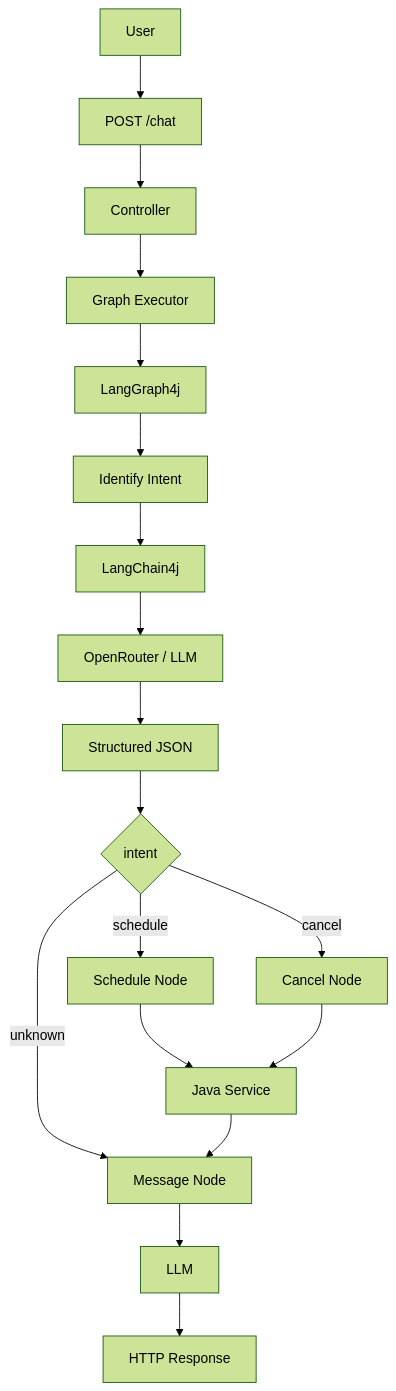
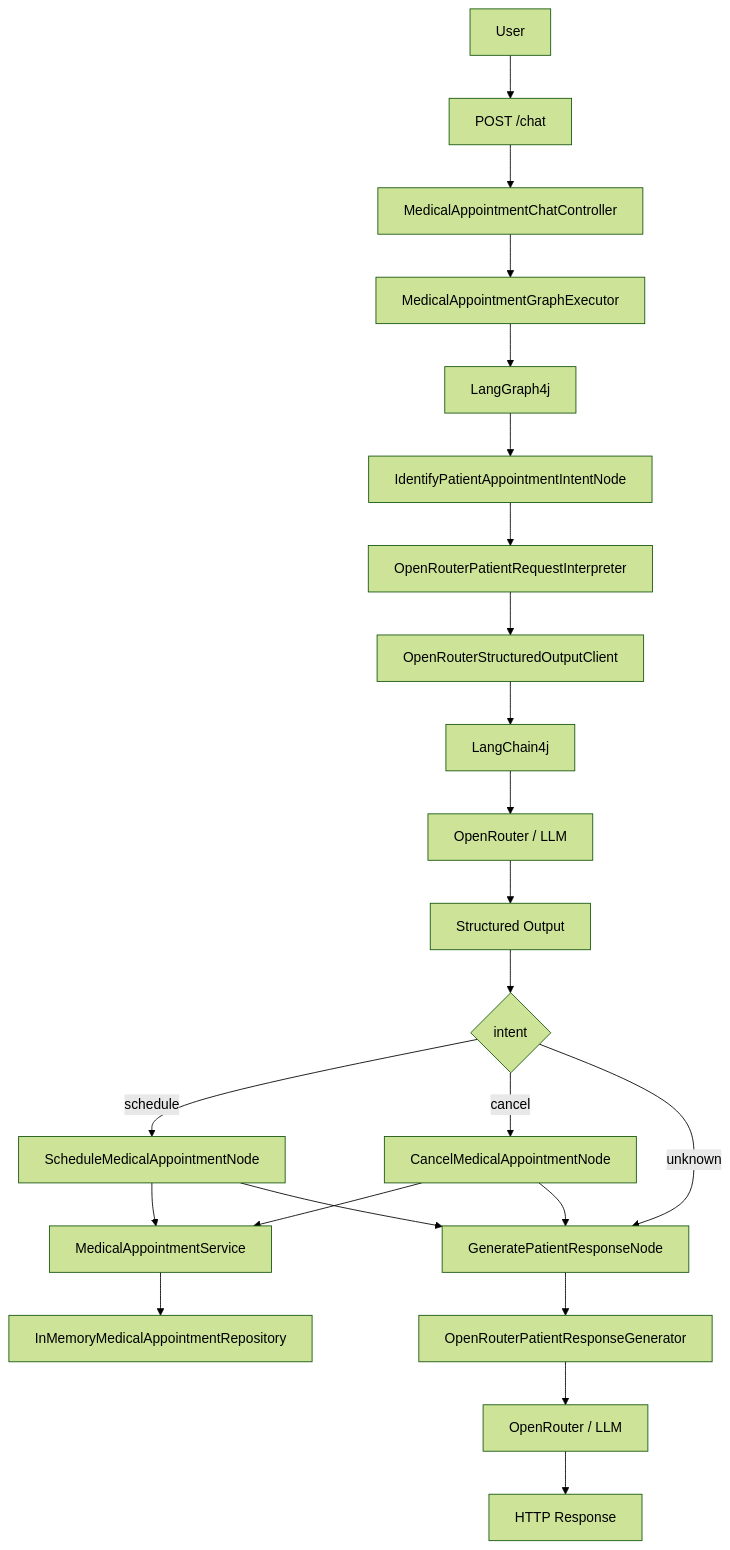
Before and after one commit to ViniHDSouza/poc_java_ia_consultamedica: the first of 2 diagrams in README_EN.md, drawn with Mermaid (forest theme). The commit also changed other lines of this file and 1 other file, not shown here.

````diff
--- a/README_EN.md
+++ b/README_EN.md
@@ -281,24 +241,31 @@
 ```mermaid
 flowchart TD
-    A[User] --> B[POST /chat]
-    B --> C[Controller]
-    C --> D[Graph Executor]
-    D --> E[LangGraph4j]
+    U[User] --> API[POST /chat]
+    API --> CTRL[MedicalAppointmentChatController]
+    CTRL --> EXEC[MedicalAppointmentGraphExecutor]
+    EXEC --> GRAPH[LangGraph4j]
 
-    E --> F[Identify Intent]
-    F --> G[LangChain4j]
-    G --> H[OpenRouter / LLM]
-    H --> I[Structured JSON]
+    GRAPH --> IDENTIFY[IdentifyPatientAppointmentIntentNode]
+    IDENTIFY --> INTERPRETER[OpenRouterPatientRequestInterpreter]
+    INTERPRETER --> CLIENT[OpenRouterStructuredOutputClient]
+    CLIENT --> LC4J[LangChain4j]
+    LC4J --> OR[OpenRouter / LLM]
+    OR --> STRUCTURED[Structured Output]
 
-    I --> J{intent}
-    J -->|schedule| K[Schedule Node]
-    J -->|cancel| L[Cancel Node]
-    J -->|unknown| M[Message Node]
+    STRUCTURED --> ROUTE{intent}
 
-    K --> N[Java Service]
-    L --> N
-    N --> M
+    ROUTE -->|schedule| SCHEDULE[ScheduleMedicalAppointmentNode]
+    ROUTE -->|cancel| CANCEL[CancelMedicalAppointmentNode]
+    ROUTE -->|unknown| MESSAGE[GeneratePatientResponseNode]
 
-    M --> O[LLM]
-    O --> P[HTTP Response]
+    SCHEDULE --> SERVICE[MedicalAppointmentService]
+    CANCEL --> SERVICE
+    SERVICE --> REPO[InMemoryMedicalAppointmentRepository]
+
+    SCHEDULE --> MESSAGE
+    CANCEL --> MESSAGE
+
+    MESSAGE --> RESPONSE_AI[OpenRouterPatientResponseGenerator]
+    RESPONSE_AI --> OR2[OpenRouter / LLM]
+    OR2 --> HTTP[HTTP Response]
 ```
````
